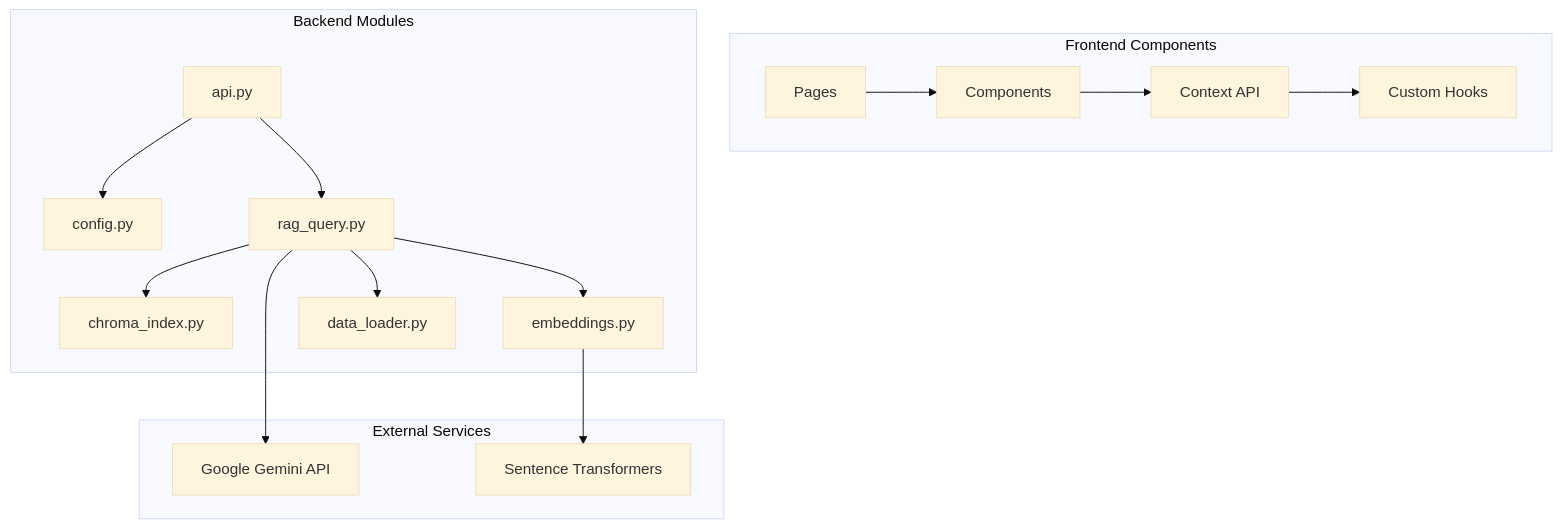
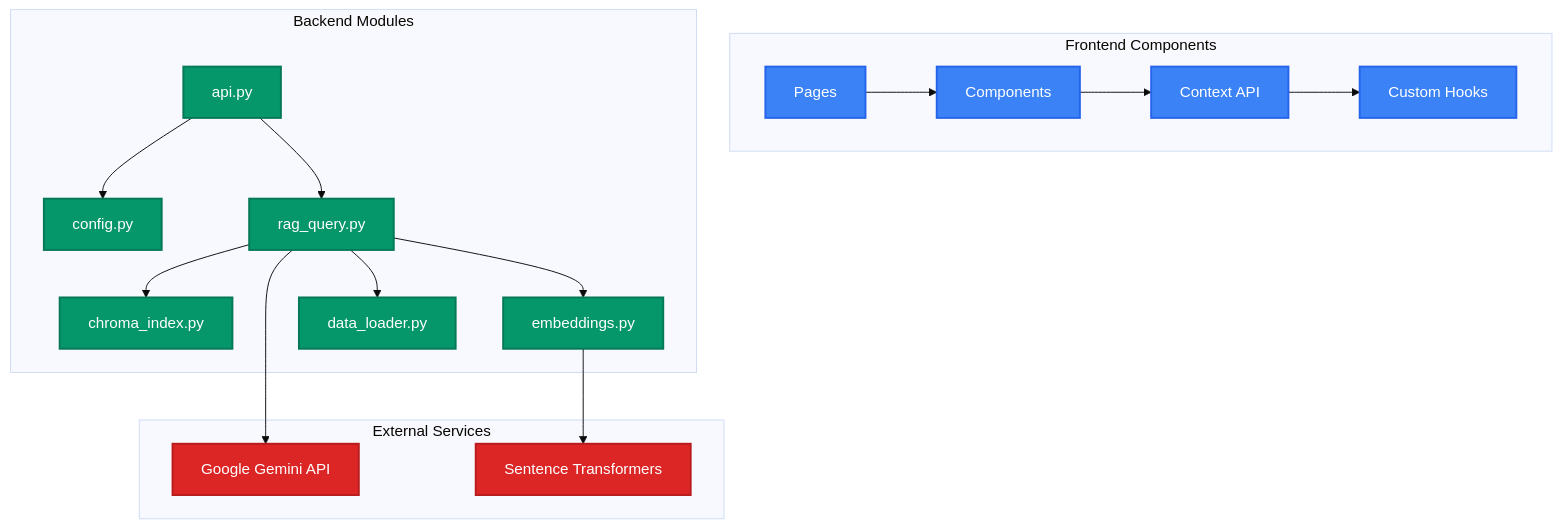
One commit to Mrnidhi/Customer-Support-assistant changed the third of 11 diagrams in docs/architecture.md. Above: the diagram before and after it, drawn with Mermaid (base theme). The commit also changed other lines of this file and 1 other file, not shown here.

Commit message:
Improve Mermaid diagram colors and visibility with better contrast

````diff
--- a/docs/architecture.md
+++ b/docs/architecture.md
@@ -75,35 +110,43 @@
 ```mermaid
 graph TB
     subgraph "Frontend Components"
         Pages[Pages]
         Components[Components]
         Context[Context API]
         Hooks[Custom Hooks]
     end
     
     subgraph "Backend Modules"
         API[api.py]
         Config[config.py]
         RAG[rag_query.py]
         Chroma[chroma_index.py]
         Embed[embeddings.py]
         Data[data_loader.py]
     end
     
     subgraph "External Services"
         Gemini[Google Gemini API]
         Transformers[Sentence Transformers]
     end
     
     Pages --> Components
     Components --> Context
     Context --> Hooks
     
     API --> Config
     API --> RAG
     RAG --> Chroma
     RAG --> Embed
     RAG --> Data
     Embed --> Transformers
     RAG --> Gemini
+    
+    classDef frontend fill:#3b82f6,stroke:#2563eb,stroke-width:2px,color:#ffffff
+    classDef backend fill:#059669,stroke:#047857,stroke-width:2px,color:#ffffff
+    classDef external fill:#dc2626,stroke:#b91c1c,stroke-width:2px,color:#ffffff
+    
+    class Pages,Components,Context,Hooks frontend
+    class API,Config,RAG,Chroma,Embed,Data backend
+    class Gemini,Transformers external
 ```
````
